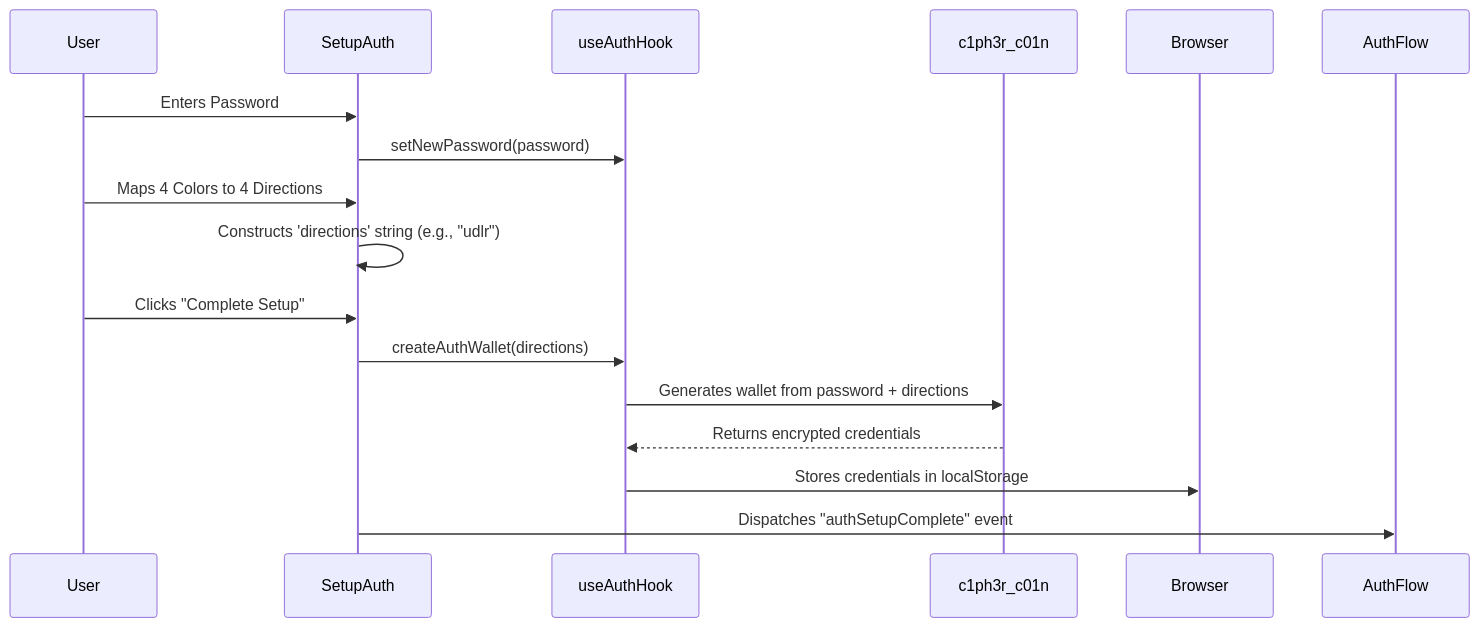
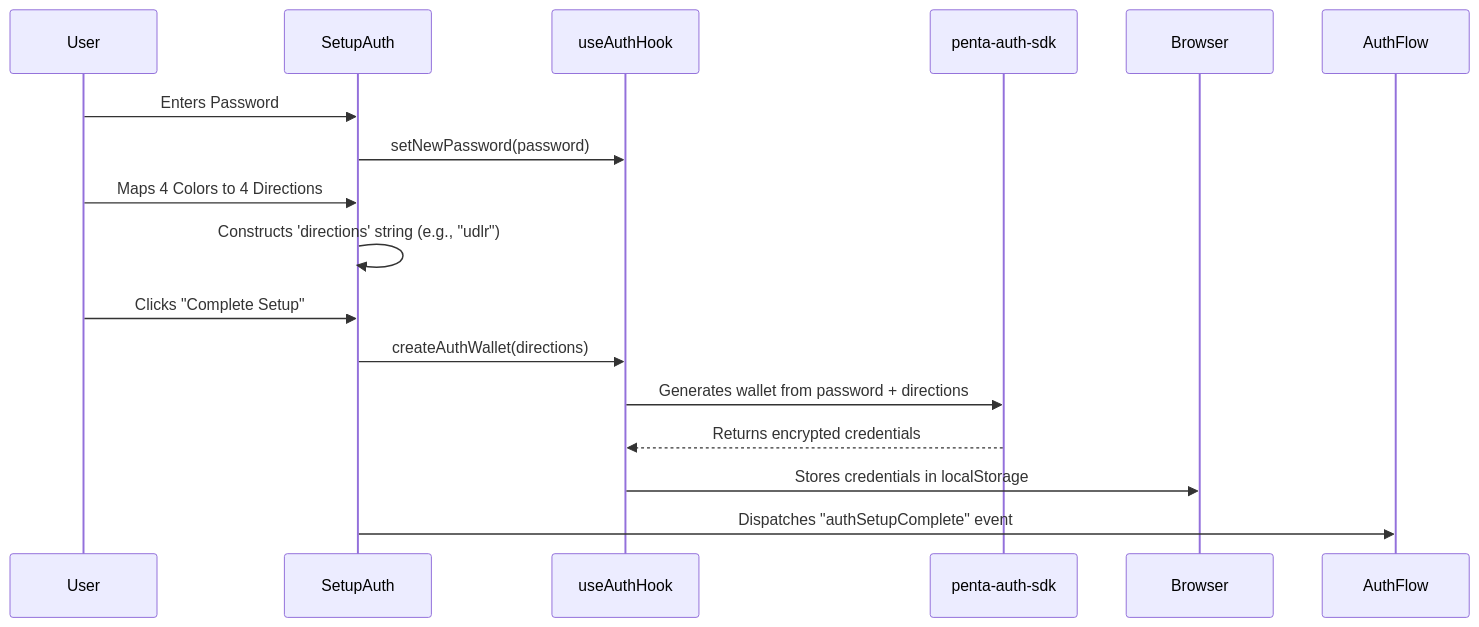
Before and after one commit to PentagonHQ/website: the second of 3 diagrams in audit.md, drawn with Mermaid. The commit also changed other lines of this file and 10 other files, not shown here.

````diff
--- a/audit.md
+++ b/audit.md
@@ -125,18 +125,18 @@
 ```mermaid
 sequenceDiagram
     participant User
     participant SetupAuth
     participant useAuthHook
-    participant c1ph3r_c01n
+    participant penta-auth-sdk
 
     User->>SetupAuth: Enters Password
     SetupAuth->>useAuthHook: setNewPassword(password)
     User->>SetupAuth: Maps 4 Colors to 4 Directions
     SetupAuth->>SetupAuth: Constructs 'directions' string (e.g., "udlr")
     User->>SetupAuth: Clicks "Complete Setup"
     SetupAuth->>useAuthHook: createAuthWallet(directions)
-    useAuthHook->>c1ph3r_c01n: Generates wallet from password + directions
-    c1ph3r_c01n-->>useAuthHook: Returns encrypted credentials
+    useAuthHook->>penta-auth-sdk: Generates wallet from password + directions
+    penta-auth-sdk-->>useAuthHook: Returns encrypted credentials
     useAuthHook->>Browser: Stores credentials in localStorage
     SetupAuth->>AuthFlow: Dispatches "authSetupComplete" event
 ```
````
